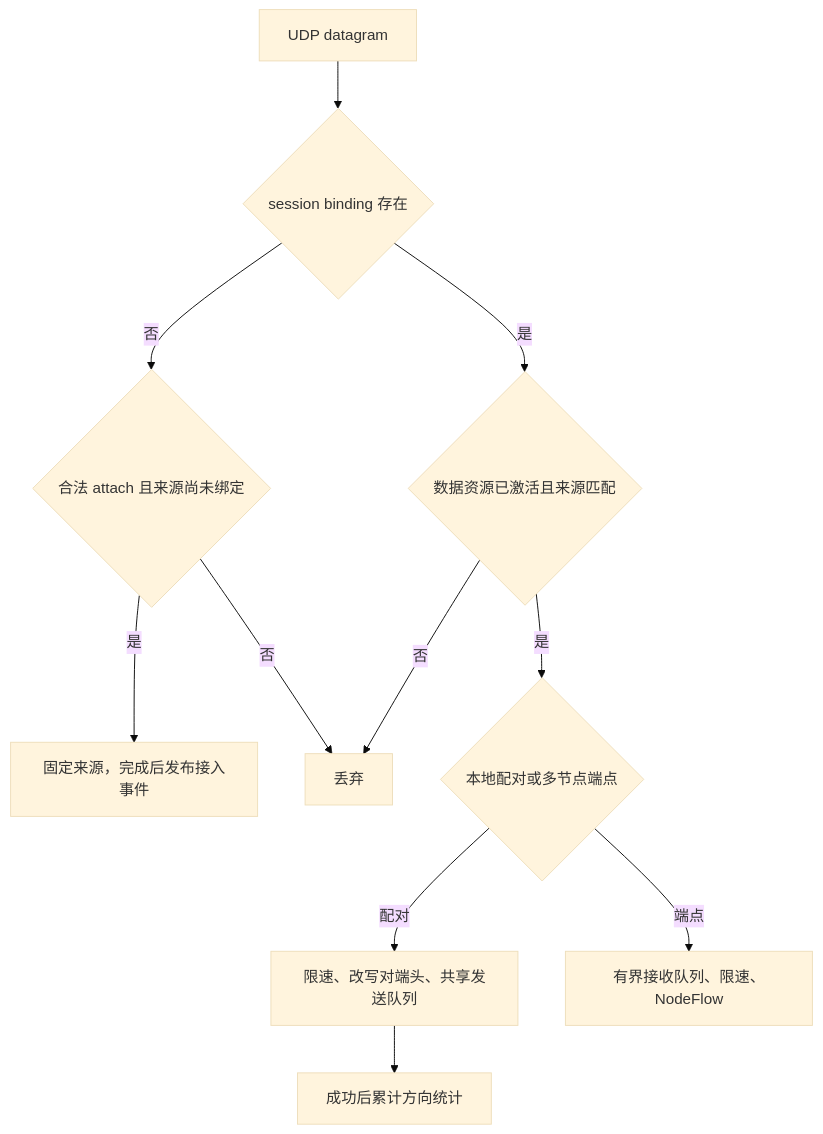
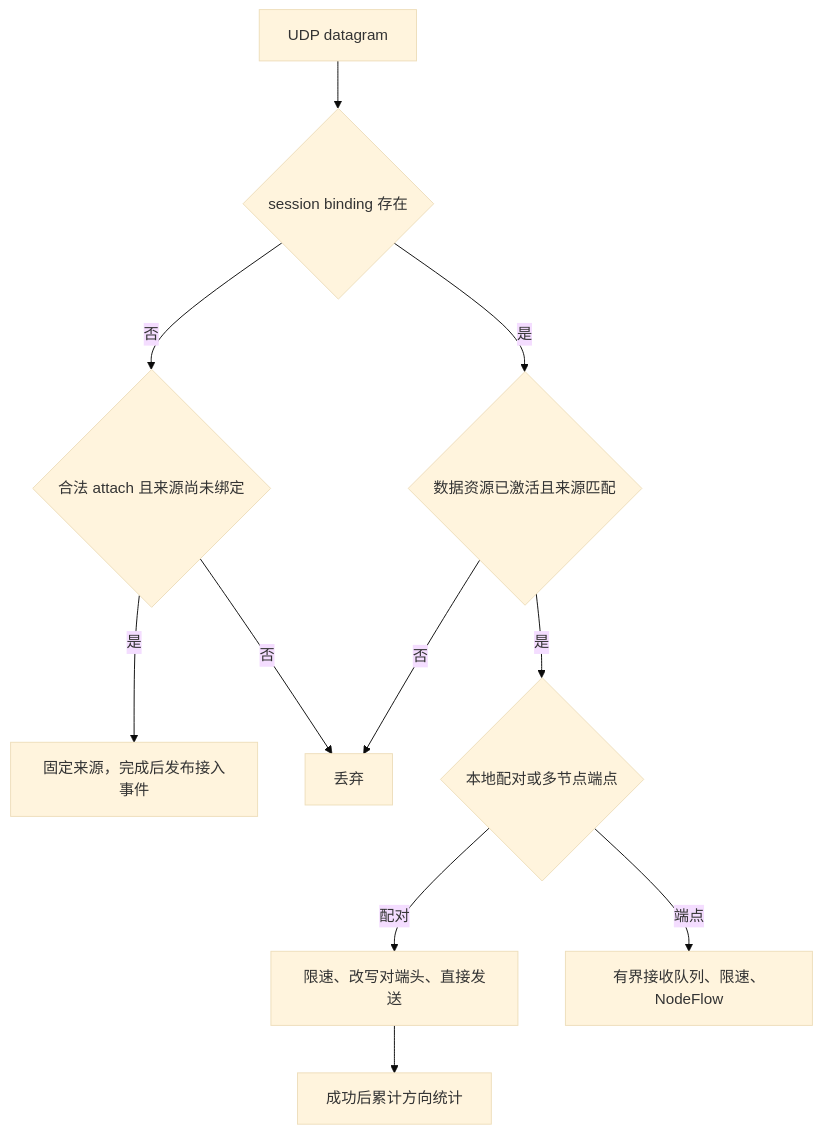
Before and after one commit to Xtinc/relayweave: the tenth of 12 diagrams in docs/RelayWeave设计.md, drawn with Mermaid (base theme). The commit also changed other lines of this file and 85 other files, not shown here.

````diff
--- a/docs/RelayWeave设计.md
+++ b/docs/RelayWeave设计.md
@@ -1280,13 +1409,13 @@
 ```mermaid
 flowchart TD
     A[UDP datagram] --> B{session binding 存在}
     B -->|否| C{合法 attach 且来源尚未绑定}
     C -->|是| D[固定来源，完成后发布接入事件]
     C -->|否| X[丢弃]
     B -->|是| E{数据资源已激活且来源匹配}
     E -->|否| X
     E -->|是| F{本地配对或多节点端点}
-    F -->|配对| G[限速、改写对端头、共享发送队列]
+    F -->|配对| G[限速、改写对端头、直接发送]
     F -->|端点| H[有界接收队列、限速、NodeFlow]
     G --> I[成功后累计方向统计]
 ```
````
